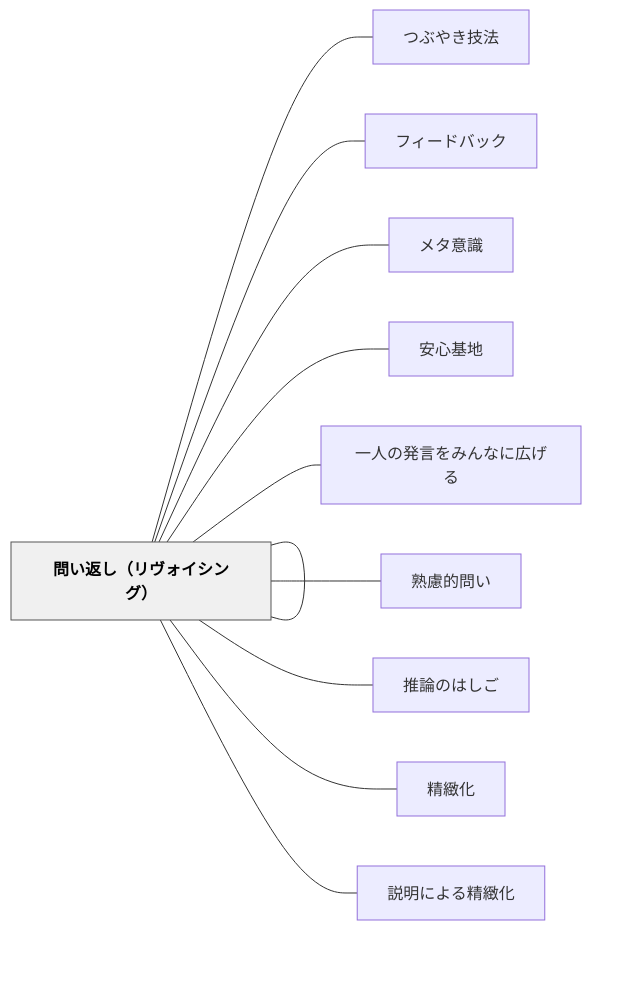
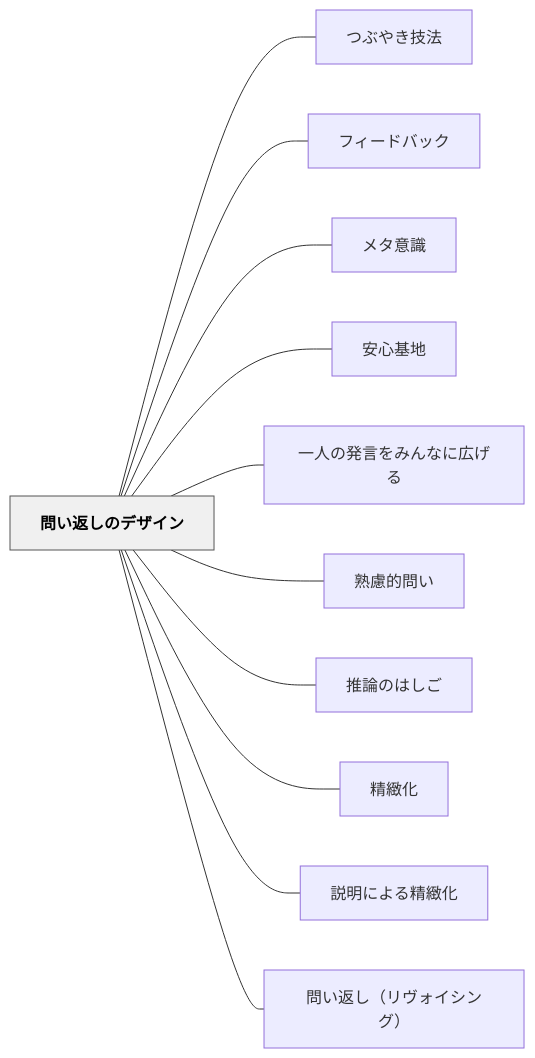
One commit to unknownthings-ed-patterns/unknownthings-ed-patterns changed the diagram in content/パタン/問い返しのデザイン.md. Above: the diagram before and after it, drawn with Mermaid. The commit also changed 527 other files, not shown here.

````diff
--- a/content/パタン/問い返しのデザイン.md
+++ b/content/パタン/問い返しのデザイン.md
@@ -80,28 +80,28 @@
 ```mermaid
 flowchart LR
-    ne5958fe38184["問い返しのデザイン"]
-    ne381a4e381b6["つぶやき技法"]
-    ne38395e382a3["フィードバック"]
-    ne383a1e382bf["メタ意識"]
-    ne5ae89e5bf83["安心基地"]
-    ne4b880e4baba["一人の発言をみんなに広げる"]
-    ne7869fe685ae["熟慮的問い"]
-    ne68ea8e8ab96["推論のはしご"]
-    ne7b2bee7b7bb["精緻化"]
-    ne8aaace6988e["説明による精緻化"]
-    ne5958fe38184["問い返し（リヴォイシング）"]
+    ne5958fe38184e8bf94e38197e381aee38387e382b6e382a4e383b3["問い返しのデザイン"]
+    ne381a4e381b6e38284e3818de68a80e6b395["つぶやき技法"]
+    ne38395e382a3e383bce38389e38390e38383e382af["フィードバック"]
+    ne383a1e382bfe6848fe8ad98["メタ意識"]
+    ne5ae89e5bf83e59fbae59cb0["安心基地"]
+    ne4b880e4babae381aee799bae8a880e38292e381bfe38293e381aae381abe5ba83e38192e3828b["一人の発言をみんなに広げる"]
+    ne7869fe685aee79a84e5958fe38184["熟慮的問い"]
+    ne68ea8e8ab96e381aee381afe38197e38194["推論のはしご"]
+    ne7b2bee7b7bbe58c96["精緻化"]
+    ne8aaace6988ee381abe38288e3828be7b2bee7b7bbe58c96["説明による精緻化"]
+    ne5958fe38184e8bf94e38197efbc88e383aae383b4e382a9e382a4e382b7e383b3e382b0efbc89["問い返し（リヴォイシング）"]
 
-    ne5958fe38184 --- ne381a4e381b6
-    ne5958fe38184 --- ne38395e382a3
-    ne5958fe38184 --- ne383a1e382bf
-    ne5958fe38184 --- ne5ae89e5bf83
-    ne5958fe38184 --- ne4b880e4baba
-    ne5958fe38184 --- ne7869fe685ae
-    ne5958fe38184 --- ne68ea8e8ab96
-    ne5958fe38184 --- ne7b2bee7b7bb
-    ne5958fe38184 --- ne8aaace6988e
-    ne5958fe38184 --- ne5958fe38184
+    ne5958fe38184e8bf94e38197e381aee38387e382b6e382a4e383b3 --- ne381a4e381b6e38284e3818de68a80e6b395
+    ne5958fe38184e8bf94e38197e381aee38387e382b6e382a4e383b3 --- ne38395e382a3e383bce38389e38390e38383e382af
+    ne5958fe38184e8bf94e38197e381aee38387e382b6e382a4e383b3 --- ne383a1e382bfe6848fe8ad98
+    ne5958fe38184e8bf94e38197e381aee38387e382b6e382a4e383b3 --- ne5ae89e5bf83e59fbae59cb0
+    ne5958fe38184e8bf94e38197e381aee38387e382b6e382a4e383b3 --- ne4b880e4babae381aee799bae8a880e38292e381bfe38293e381aae381abe5ba83e38192e3828b
+    ne5958fe38184e8bf94e38197e381aee38387e382b6e382a4e383b3 --- ne7869fe685aee79a84e5958fe38184
+    ne5958fe38184e8bf94e38197e381aee38387e382b6e382a4e383b3 --- ne68ea8e8ab96e381aee381afe38197e38194
+    ne5958fe38184e8bf94e38197e381aee38387e382b6e382a4e383b3 --- ne7b2bee7b7bbe58c96
+    ne5958fe38184e8bf94e38197e381aee38387e382b6e382a4e383b3 --- ne8aaace6988ee381abe38288e3828be7b2bee7b7bbe58c96
+    ne5958fe38184e8bf94e38197e381aee38387e382b6e382a4e383b3 --- ne5958fe38184e8bf94e38197efbc88e383aae383b4e382a9e382a4e382b7e383b3e382b0efbc89
 
     classDef hub fill:#f0f0f0,stroke:#555,color:#000,font-weight:bold
-    class ne5958fe38184 hub
+    class ne5958fe38184e8bf94e38197e381aee38387e382b6e382a4e383b3 hub
 ```
````
